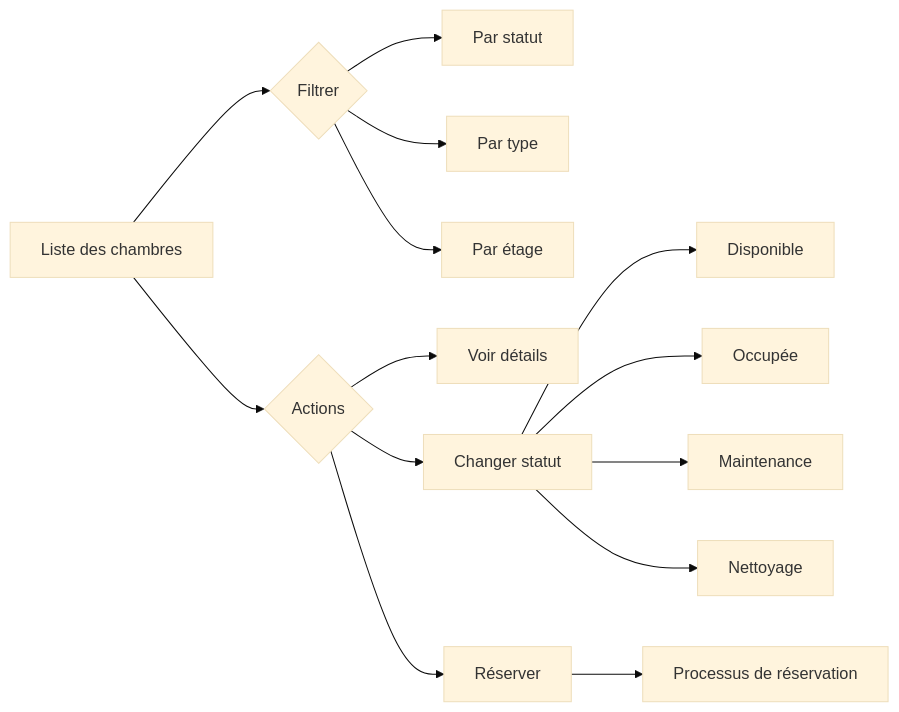
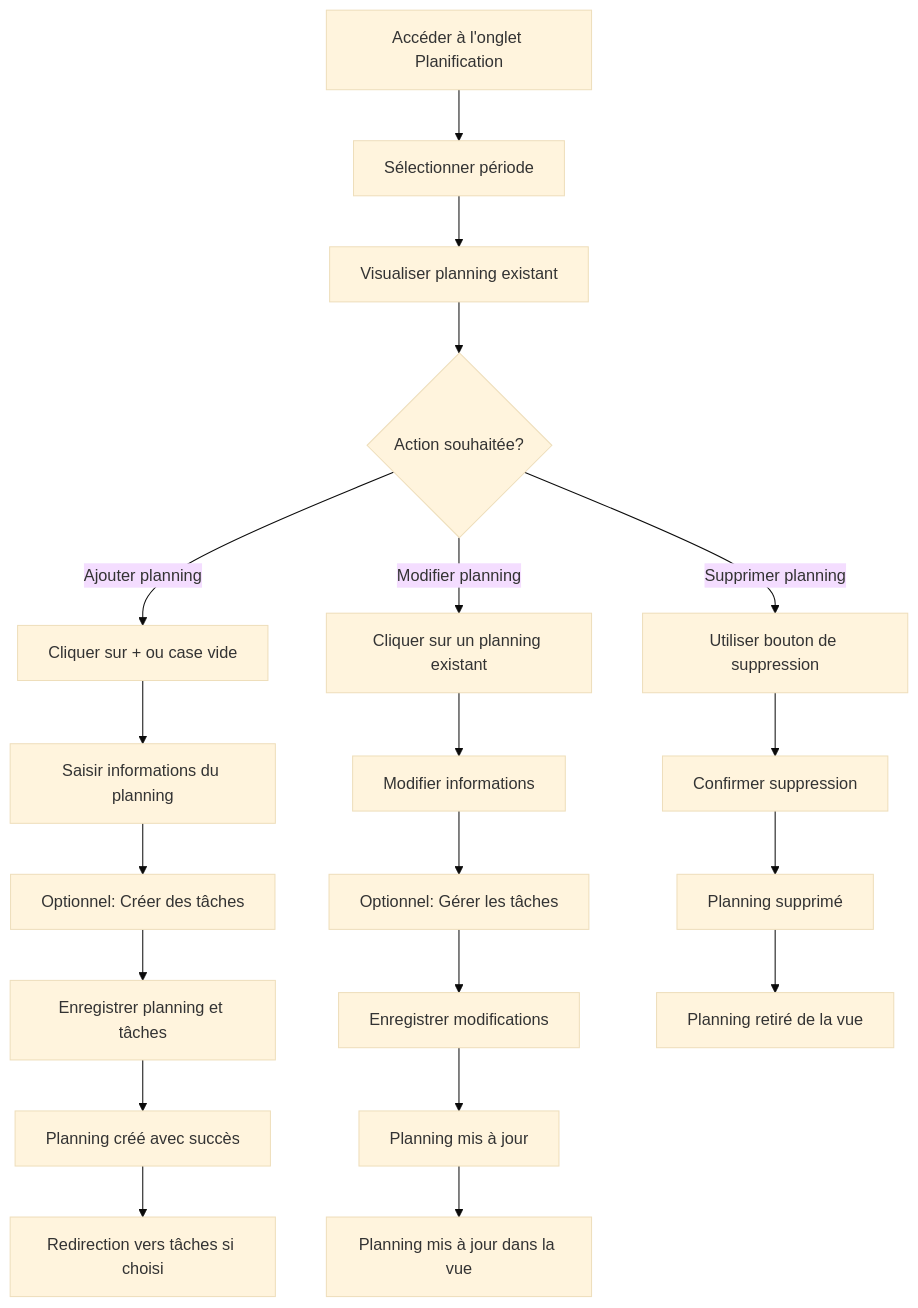
The first of 5 diagrams in src/docs/SystemWorkflow.md (IA-Marketings-Team/hotel-mate-systems), drawn with Mermaid (base theme) before and after one commit. The commit also changed other lines of this file and 9 other files, not shown here.

````diff
--- a/src/docs/SystemWorkflow.md
+++ b/src/docs/SystemWorkflow.md
@@ -7,19 +9,28 @@
 ```mermaid
-flowchart LR
-    A[Liste des chambres] --> B{Filtrer}
-    B --> C[Par statut]
-    B --> D[Par type]
-    B --> E[Par étage]
+flowchart TD
+    A[Accéder à l'onglet Planification] --> B[Sélectionner période]
+    B --> C[Visualiser planning existant]
+    C --> D{Action souhaitée?}
     
-    A --> F{Actions}
-    F --> G[Voir détails]
-    F --> H[Changer statut]
-    F --> I[Réserver]
+    D -->|Ajouter planning| E[Cliquer sur + ou case vide]
+    D -->|Modifier planning| F[Cliquer sur un planning existant]
+    D -->|Supprimer planning| G[Utiliser bouton de suppression]
     
-    H --> J[Disponible]
-    H --> K[Occupée]
-    H --> L[Maintenance]
-    H --> M[Nettoyage]
+    E --> H[Saisir informations du planning]
+    F --> I[Modifier informations]
+    G --> J[Confirmer suppression]
     
-    I --> N[Processus de réservation]
+    H --> K[Optionnel: Créer des tâches]
+    I --> L[Optionnel: Gérer les tâches]
+    
+    K --> M[Enregistrer planning et tâches]
+    L --> N[Enregistrer modifications]
+    J --> O[Planning supprimé]
+    
+    M --> P[Planning créé avec succès]
+    N --> Q[Planning mis à jour]
+    
+    P --> R[Redirection vers tâches si choisi]
+    Q --> S[Planning mis à jour dans la vue]
+    O --> T[Planning retiré de la vue]
 ```
````
